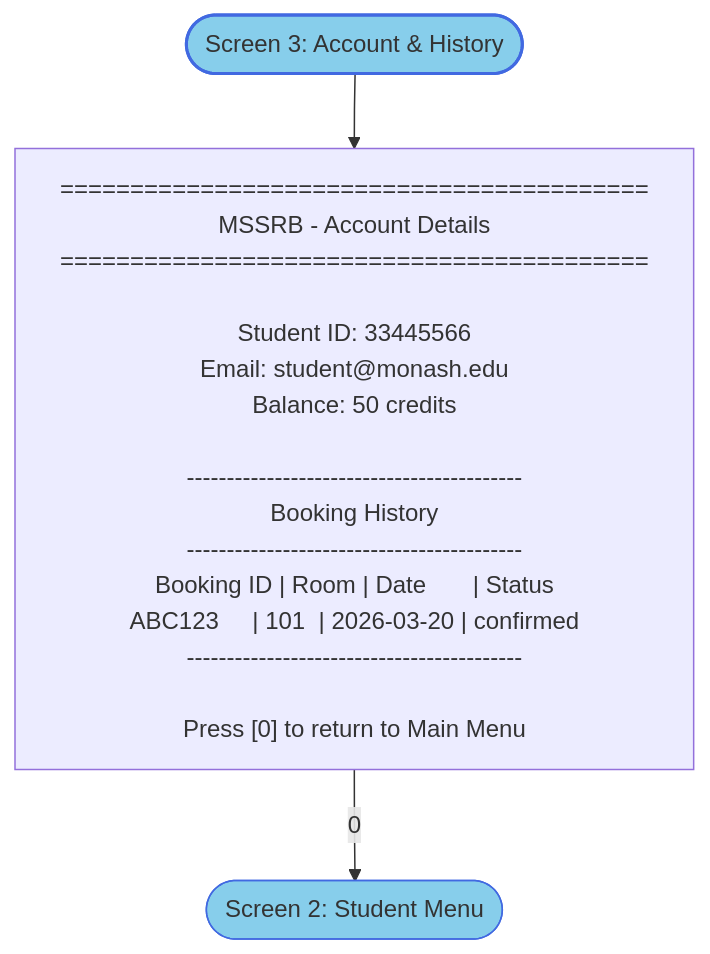
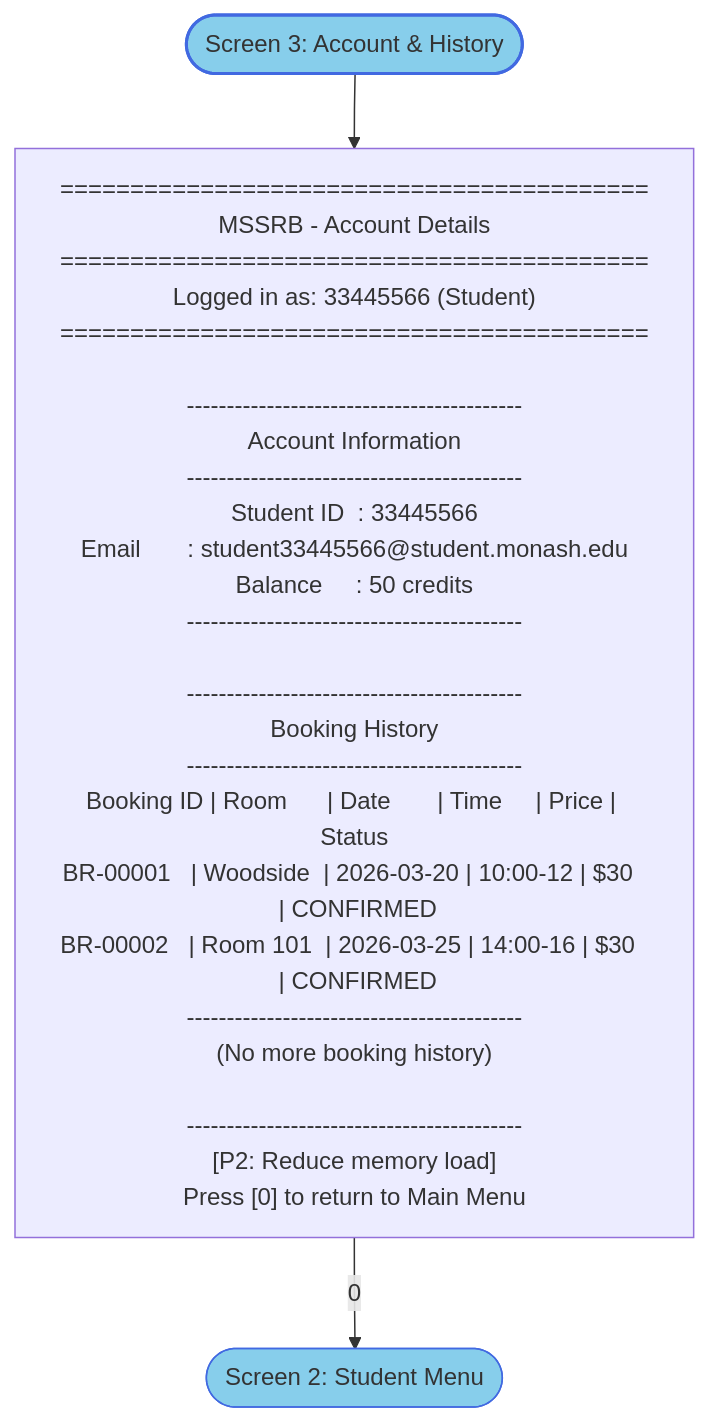
One commit to alii0110-monash/fit5136-study-room-booking changed the diagram in mermaid/member_a/03_account_history.flowchart.mmd. Above: the diagram before and after it, drawn with Mermaid. The commit also changed 14 other files, not shown here.

First line of the commit message:
Enrich all Mermaid screens with complete UI content

```diff
--- a/mermaid/member_a/03_account_history.flowchart.mmd
+++ b/mermaid/member_a/03_account_history.flowchart.mmd
@@ -1,29 +1,39 @@
 flowchart TB
     ACCOUNT(["Screen 3: Account & History"])
 
     A1["
 ==========================================
 MSSRB - Account Details
 ==========================================
+Logged in as: 33445566 (Student)
+==========================================
 
-Student ID: 33445566
-Email: student@monash.edu
-Balance: 50 credits
+------------------------------------------
+Account Information
+------------------------------------------
+Student ID  : 33445566
+Email       : student33445566@student.monash.edu
+Balance     : 50 credits
+------------------------------------------
 
 ------------------------------------------
 Booking History
 ------------------------------------------
-Booking ID | Room | Date       | Status
-ABC123     | 101  | 2026-03-20 | confirmed
+Booking ID | Room      | Date       | Time     | Price | Status
+BR-00001   | Woodside  | 2026-03-20 | 10:00-12 | $30   | CONFIRMED
+BR-00002   | Room 101  | 2026-03-25 | 14:00-16 | $30   | CONFIRMED
 ------------------------------------------
+(No more booking history)
 
+------------------------------------------
+[P2: Reduce memory load]
 Press [0] to return to Main Menu
     "]
 
     STUDENT_MENU(["Screen 2: Student Menu"])
 
     ACCOUNT --> A1
     A1 -->|"0"| STUDENT_MENU
 
     style ACCOUNT fill:#87CEEB,stroke:#4169E1,stroke-width:2px
     style STUDENT_MENU fill:#87CEEB,stroke:#4169E1
```
